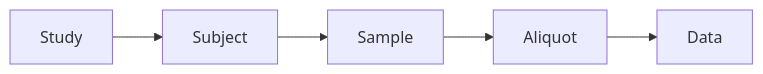
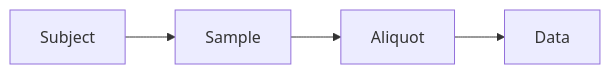
The second of 2 diagrams in docs/getting-started/walkthrough.md (nault-research/pvatppg-commons-docs), drawn with Mermaid before and after one commit. The commit also changed other lines of this file, not shown here.

````diff
--- a/docs/getting-started/walkthrough.md
+++ b/docs/getting-started/walkthrough.md
@@ -240,7 +236,6 @@
 ```mermaid
 graph LR
-A[Study] --> B[Subject]
-B --> C[Sample]
+B[Subject] --> C[Sample]
 C --> D[Aliquot]
 D --> E[Data]
 ```
````
